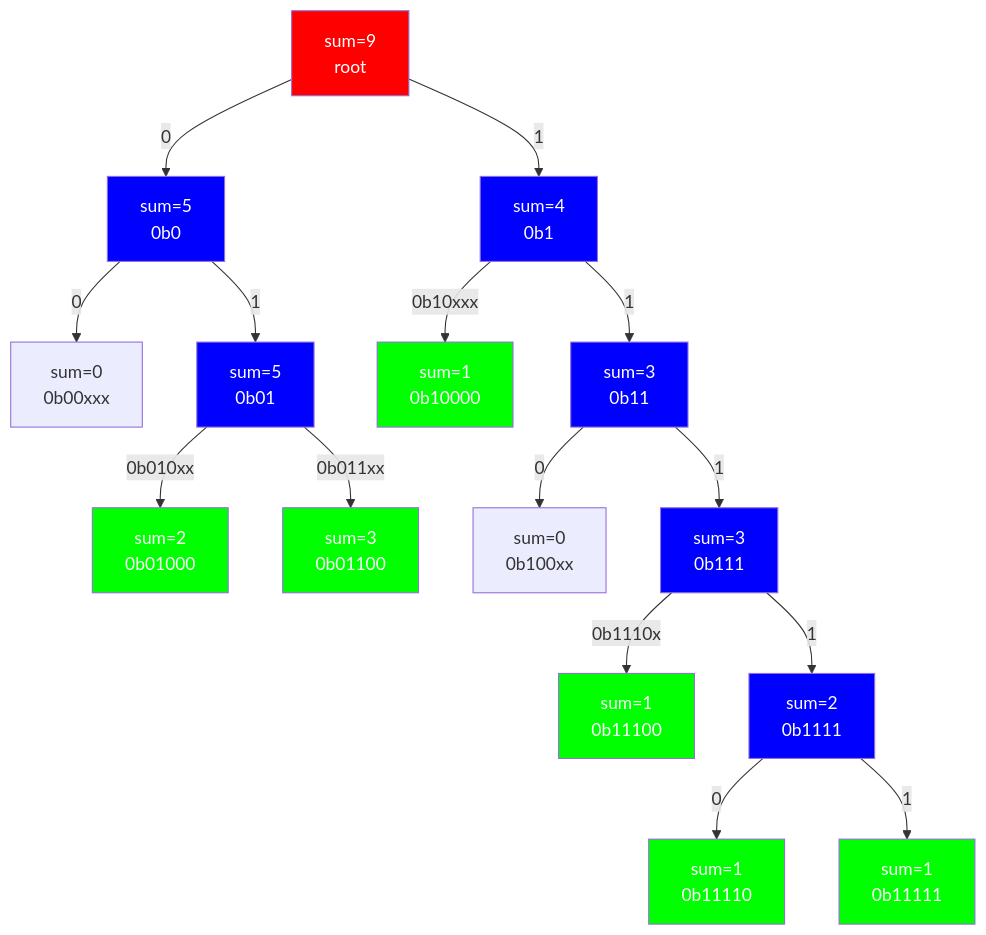
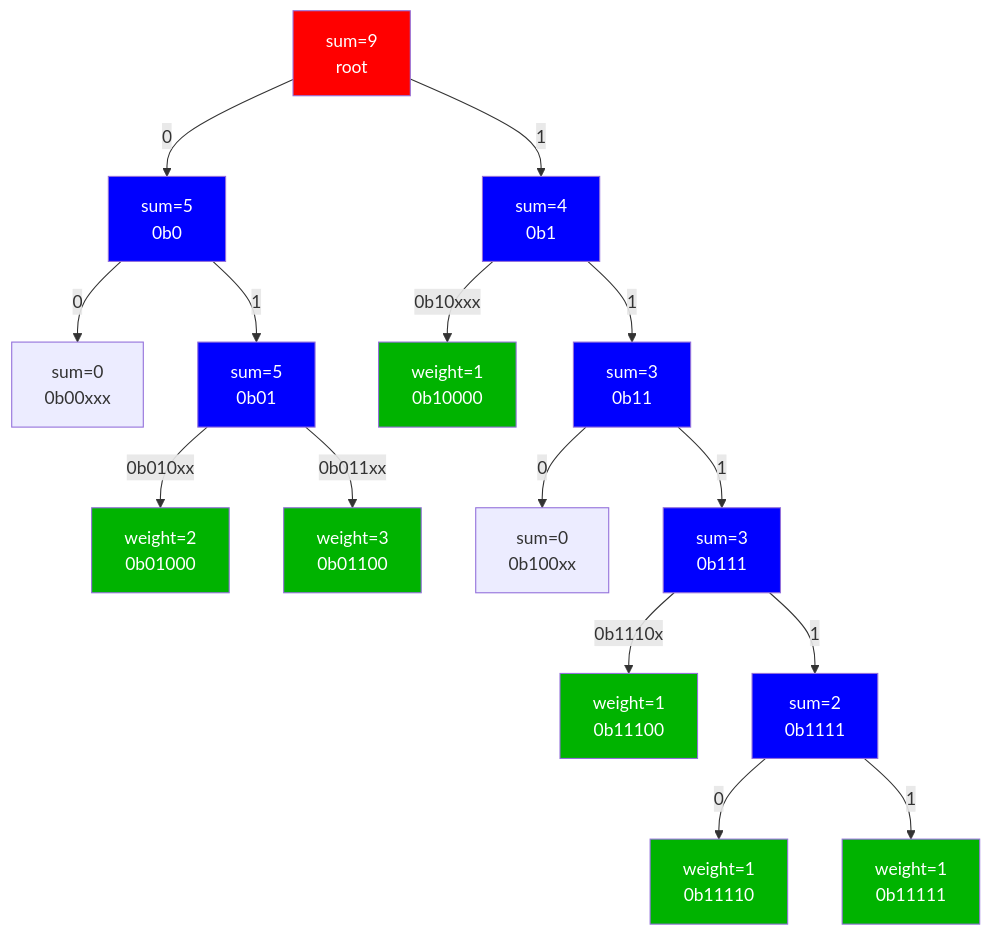
One commit to pokt-network/poktroll changed the fourth of 8 diagrams in docusaurus/docs/protocol/claim_and_proof_lifecycle.md. Above: the diagram before and after it, drawn with Mermaid. The commit also changed other lines of this file and 3 other files, not shown here.

````diff
--- a/docusaurus/docs/protocol/claim_and_proof_lifecycle.md
+++ b/docusaurus/docs/protocol/claim_and_proof_lifecycle.md
@@ -284,39 +291,38 @@
 ```mermaid
 graph TB
-    %% Define a class for red nodes
     classDef redNode fill:#ff0000, color:#ffffff;
-    classDef greenNode fill:#00ff00, color:#ffffff;
+    classDef greenNode fill:#00b300, color:#ffffff;
     classDef blueNode fill:#0000ff, color:#ffffff;
     classDef yellowNode fill:#fff500, color:#ffa500
 
     %% Define root node
     R[sum=9<br>root]
 
     %% Height = 1
     R -- 0 --> N1[sum=5<br>0b0]
     R -- 1 --> N2[sum=4<br>0b1]
 
     %% Height = 2
     N1 -- 0 --> E1[sum=0<br>0b00xxx]
     N1 -- 1 --> N3[sum=5<br>0b01]
-    N2 -- 0b10xxx --> L1[sum=1<br>0b10000]
+    N2 -- 0b10xxx --> L1[weight=1<br>0b10000]
     N2 -- 1 --> N4[sum=3<br>0b11]
 
     %% Height = 3
-    N3 -- 0b010xx --> L2[sum=2<br>0b01000]
-    N3 -- 0b011xx --> L3[sum=3<br>0b01100]
+    N3 -- 0b010xx --> L2[weight=2<br>0b01000]
+    N3 -- 0b011xx --> L3[weight=3<br>0b01100]
     N4 -- 0 --> E2[sum=0<br>0b100xx]
     N4 -- 1 --> N5[sum=3<br>0b111]
 
     %% Height = 4
-    N5 -- 0b1110x --> L4[sum=1<br>0b11100]
+    N5 -- 0b1110x --> L4[weight=1<br>0b11100]
     N5 -- 1 --> N6[sum=2<br>0b1111]
 
     %% Height = 5
-    N6 -- 0 --> L5[sum=1<br>0b11110]
-    N6 -- 1 --> L6[sum=1<br>0b11111]
+    N6 -- 0 --> L5[weight=1<br>0b11110]
+    N6 -- 1 --> L6[weight=1<br>0b11111]
 
     class R redNode;
     class L1,L2,L3,L4,L5,L6 greenNode;
     class N1,N2,N3,N4,N5,N6 blueNode;
 ```
````
